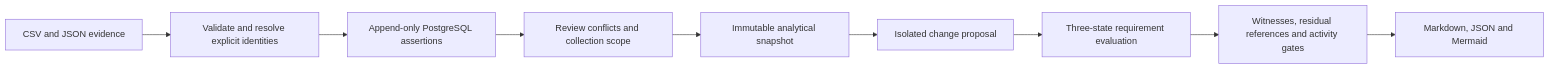
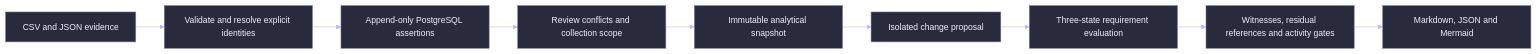
Before and after one commit to rlbsem/martech-estate-impact: the second of 2 diagrams in README.md, drawn with Mermaid. The commit also changed other lines of this file and 9 other files, not shown here.

Commit message:
Align estate architecture diagrams with portfolio dark theme

````diff
--- a/README.md
+++ b/README.md
@@ -73,11 +74,12 @@
 ```mermaid
+%%{init: {"theme":"base","themeVariables":{"background":"#10101D","primaryColor":"#2A2A3D","primaryTextColor":"#F0F0FF","primaryBorderColor":"#7C7CAF","lineColor":"#B8B8FF","textColor":"#F0F0FF","secondaryColor":"#181825","tertiaryColor":"#2E2E45","fontFamily":"IBM Plex Sans, Arial, sans-serif","fontSize":"15px","edgeLabelBackground":"#10101D"}}}%%
 flowchart LR
   A[CSV and JSON evidence] --> B[Validate and resolve explicit identities]
   B --> C[Append-only PostgreSQL assertions]
   C --> D[Review conflicts and collection scope]
   D --> E[Immutable analytical snapshot]
   E --> F[Isolated change proposal]
   F --> G[Three-state requirement evaluation]
   G --> H[Witnesses, residual references and activity gates]
   H --> I[Markdown, JSON and Mermaid]
 ```
````
